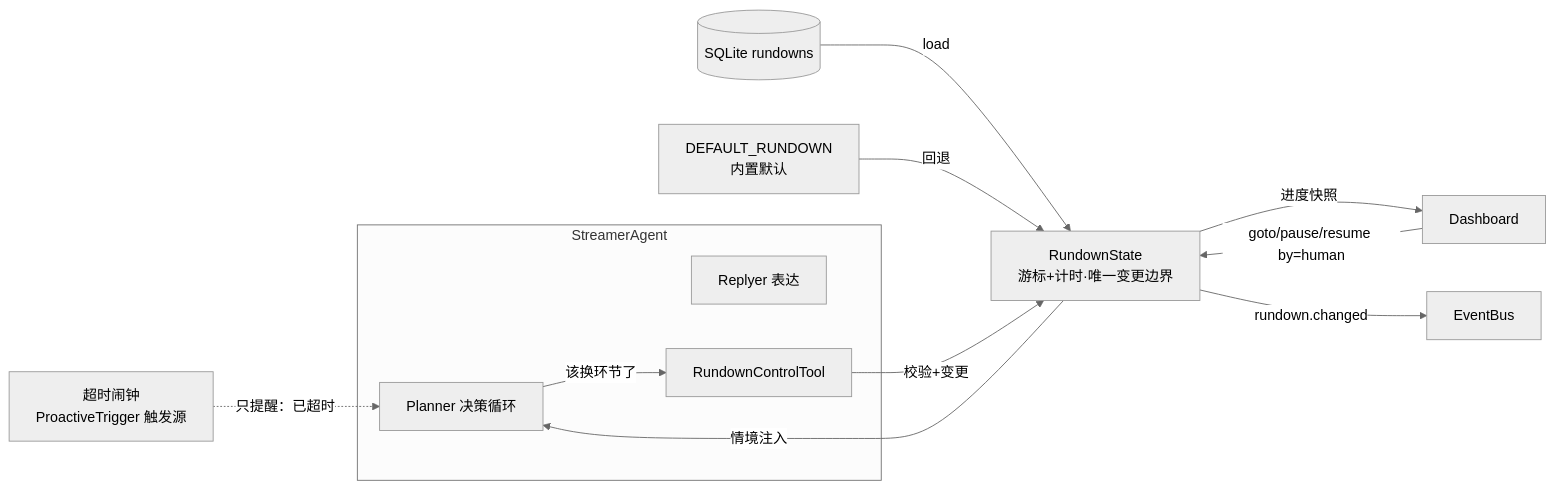
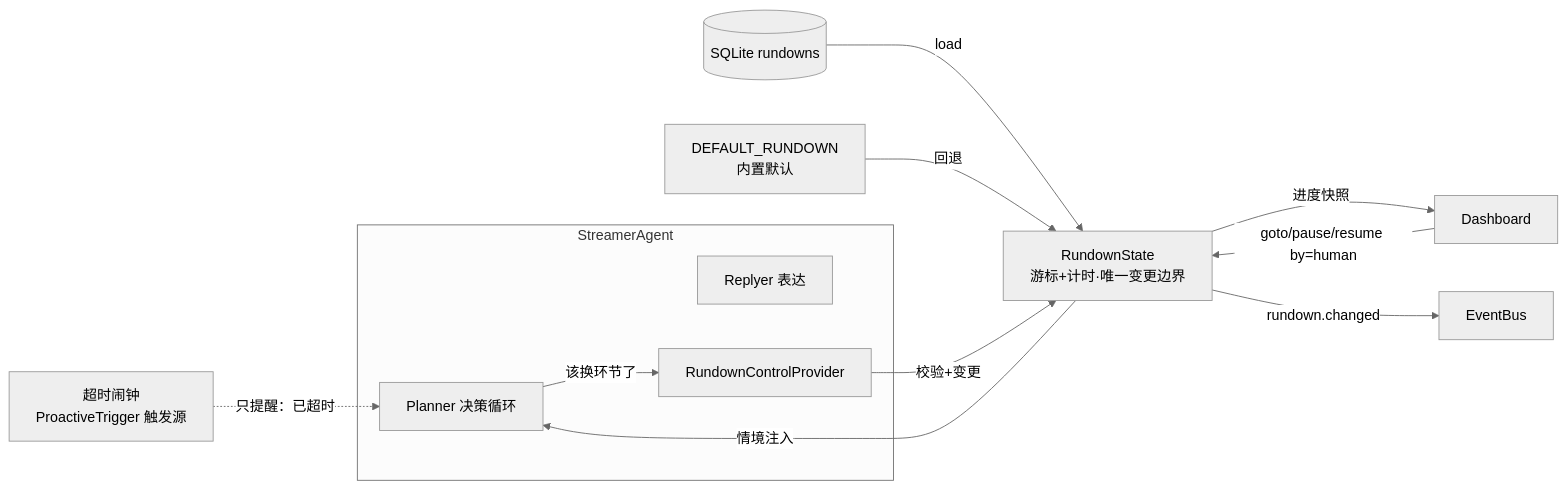
The diagram in docs/architecture/rundown.md (LittleSadSheep/Amaidesu), drawn with Mermaid (neutral theme) before and after one commit. The commit also changed other lines of this file and 14 other files, not shown here.

````diff
--- a/docs/architecture/rundown.md
+++ b/docs/architecture/rundown.md
@@ -28,17 +28,17 @@
 ```mermaid
 flowchart LR
     subgraph StreamerAgent
         Planner[Planner 决策循环]
         Replyer[Replyer 表达]
-        Tool[RundownControlTool]
+        Tool[RundownControlProvider]
     end
     DB[(SQLite rundowns)] -->|load| State[RundownState<br/>游标+计时·唯一变更边界]
     Default[DEFAULT_RUNDOWN<br/>内置默认] -->|回退| State
     State -->|情境注入| Planner
     State -->|进度快照| Dash[Dashboard]
     Dash -->|goto/pause/resume by=human| State
     Planner -->|"该换环节了"| Tool
     Tool -->|校验+变更| State
     State -->|rundown.changed| Bus[EventBus]
     Watch[超时闹钟<br/>ProactiveTrigger 触发源] -.->|只提醒：已超时| Planner
 ```
````
